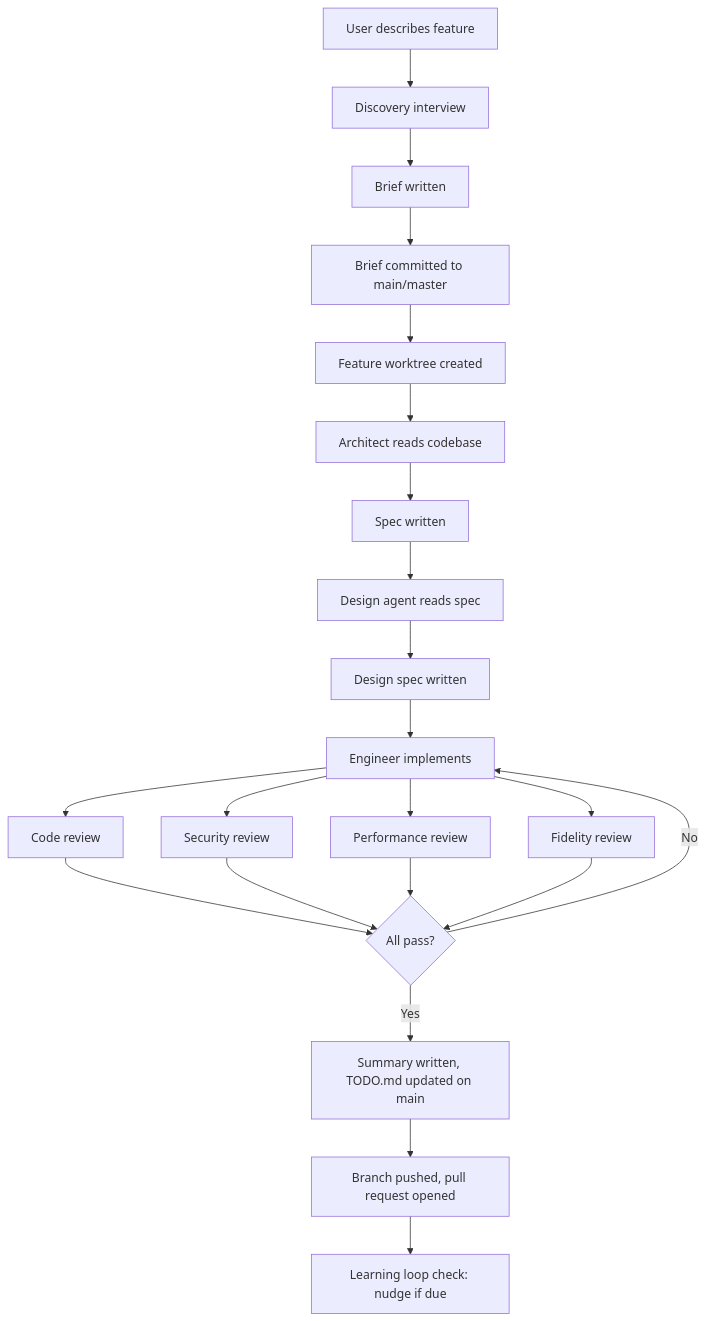
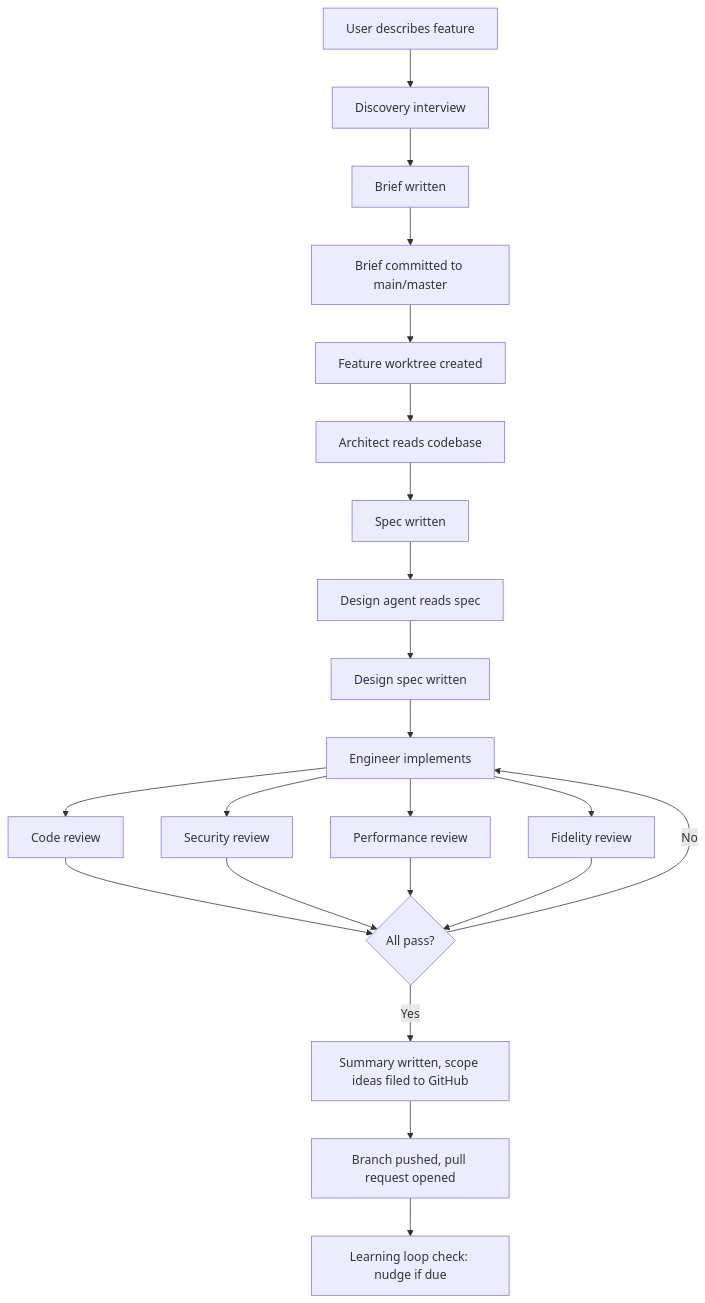
Before and after one commit to revans/rails-agentic-engineering-team: the first of 2 diagrams in docs/pipeline.md, drawn with Mermaid. The commit also changed other lines of this file and 20 other files, not shown here.

````diff
--- a/docs/pipeline.md
+++ b/docs/pipeline.md
@@ -17,24 +17,24 @@
 ```mermaid
 flowchart TD
     A[User describes feature] --> B[Discovery interview]
     B --> C[Brief written]
     C --> C2[Brief committed to main/master]
     C2 --> C3[Feature worktree created]
     C3 --> D[Architect reads codebase]
     D --> E[Spec written]
     E --> F[Design agent reads spec]
     F --> G[Design spec written]
     G --> H[Engineer implements]
     H --> I[Code review]
     H --> J[Security review]
     H --> K[Performance review]
     H --> N[Fidelity review]
     I --> L{All pass?}
     J --> L
     K --> L
     N --> L
-    L -->|Yes| M[Summary written, TODO.md updated on main]
+    L -->|Yes| M[Summary written, scope ideas filed to GitHub]
     M --> P[Branch pushed, pull request opened]
     P --> Q[Learning loop check: nudge if due]
     L -->|No| H
 ```
````
